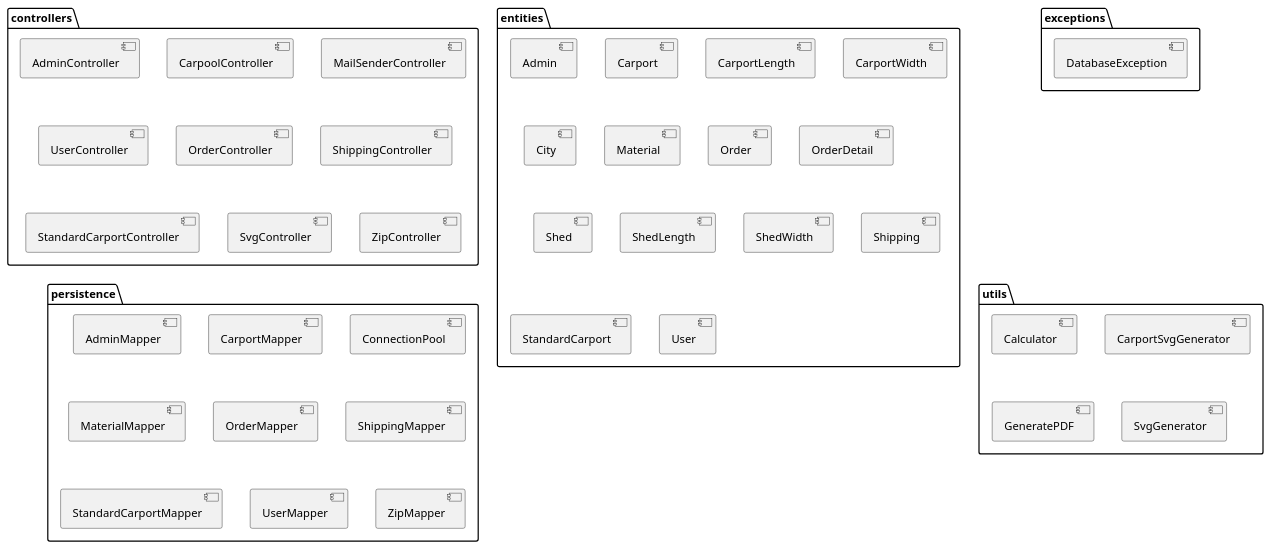
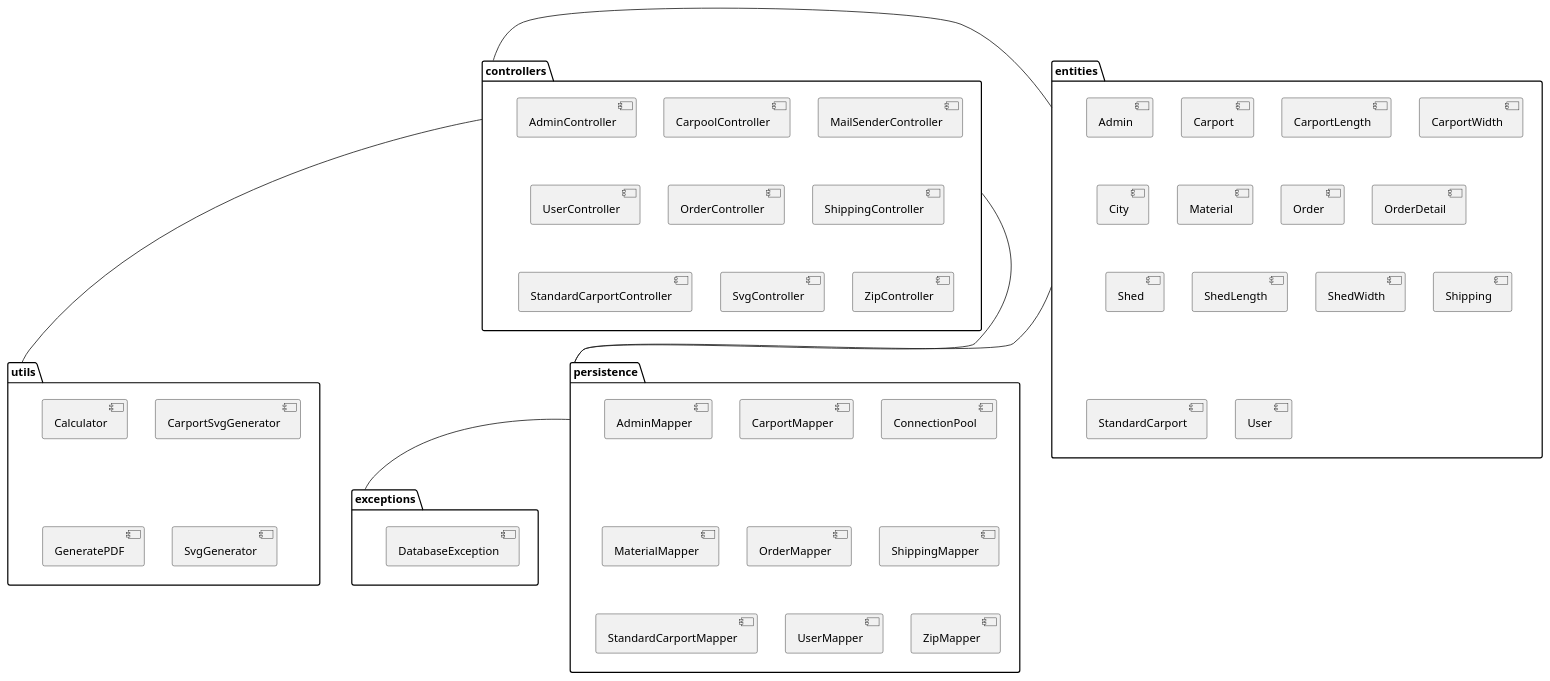
One commit to mbm1337/Carport changed the diagram in models/packagediagram.puml. Above: the diagram before and after it, drawn with PlantUML. The commit also changed 3 other files, not shown here.

```diff
--- a/models/packagediagram.puml
+++ b/models/packagediagram.puml
@@ -1,58 +1,65 @@
 @startuml
 
 package "controllers" {
     [AdminController]
     [CarpoolController]
     [MailSenderController]
     [UserController]
     [OrderController]
     [ShippingController]
     [StandardCarportController]
     [SvgController]
     [ZipController]
 
 }
 package "entities" {
     [Admin]
     [Carport]
     [CarportLength]
     [CarportWidth]
     [City]
     [Material]
     [Order]
     [OrderDetail]
     [Shed]
     [ShedLength]
     [ShedWidth]
     [Shipping]
     [StandardCarport]
     [User]
 }
 
 package "exceptions" {
     [DatabaseException]
 
 
 }
 package "persistence" {
     [AdminMapper]
     [CarportMapper]
     [ConnectionPool]
     [MaterialMapper]
     [OrderMapper]
     [ShippingMapper]
     [StandardCarportMapper]
     [UserMapper]
     [ZipMapper]
 }
 
 package "utils" {
     [Calculator]
     [CarportSvgGenerator]
     [GeneratePDF]
     [SvgGenerator]
 }
 
+"controllers" -- "utils"
+"controllers" -- "persistence"
+"persistence" -- "exceptions"
+"entities" -- "persistence"
+"entities" -- "controllers"
+
+
 
 
 @enduml
```
